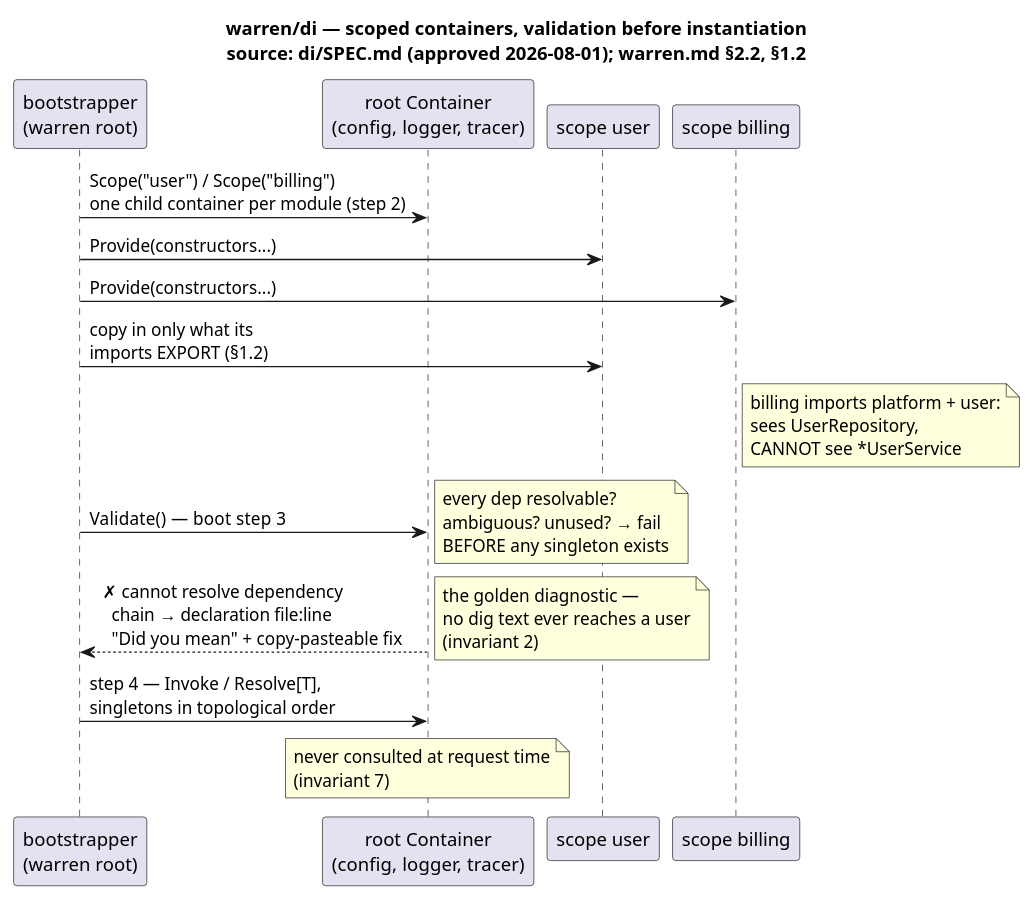
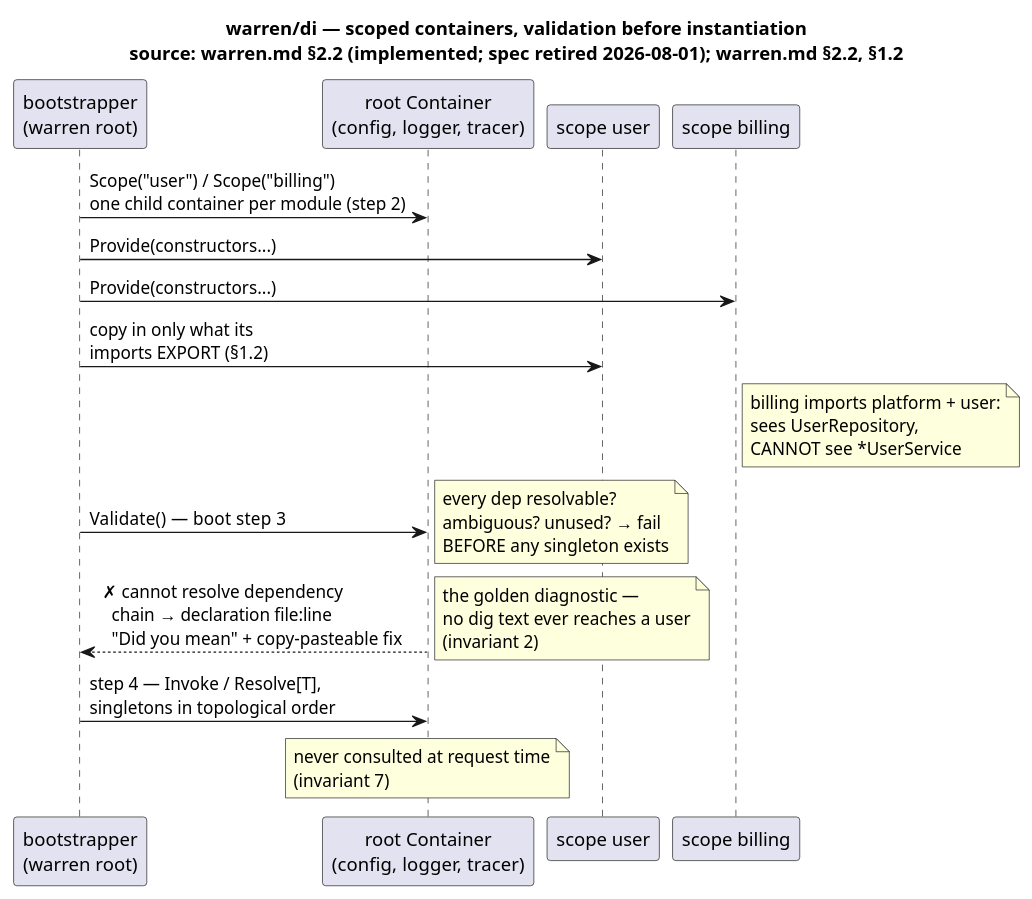
The diagram in docs/assets/di-usage.puml (MerseniBilel/warren), drawn with PlantUML before and after one commit. The commit also changed 29 other files, not shown here.

```diff
--- a/docs/assets/di-usage.puml
+++ b/docs/assets/di-usage.puml
@@ -1,22 +1,22 @@
 @startuml di-usage
-title warren/di — scoped containers, validation before instantiation\nsource: di/SPEC.md (approved 2026-08-01); warren.md §2.2, §1.2
+title warren/di — scoped containers, validation before instantiation\nsource: warren.md §2.2 (implemented; spec retired 2026-08-01); warren.md §2.2, §1.2
 
 participant "bootstrapper\n(warren root)" as boot
 participant "root Container\n(config, logger, tracer)" as root
 participant "scope user" as user
 participant "scope billing" as billing
 
 boot -> root : Scope("user") / Scope("billing")\none child container per module (step 2)
 boot -> user : Provide(constructors...)
 boot -> billing : Provide(constructors...)
 boot -> user : copy in only what its\nimports EXPORT (§1.2)
 note right of billing : billing imports platform + user:\nsees UserRepository,\nCANNOT see *UserService
 
 boot -> root : Validate()  — boot step 3
 note right : every dep resolvable?\nambiguous? unused? → fail\nBEFORE any singleton exists
 root --> boot : ✗ cannot resolve dependency\n  chain → declaration file:line\n  "Did you mean" + copy-pasteable fix
 note right : the golden diagnostic —\nno dig text ever reaches a user\n(invariant 2)
 
 boot -> root : step 4 — Invoke / Resolve[T],\nsingletons in topological order
 note over root : never consulted at request time\n(invariant 7)
 @enduml
```
